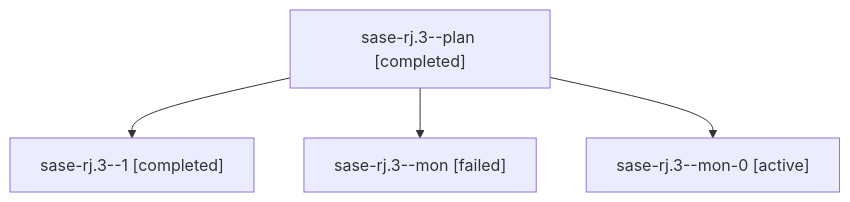
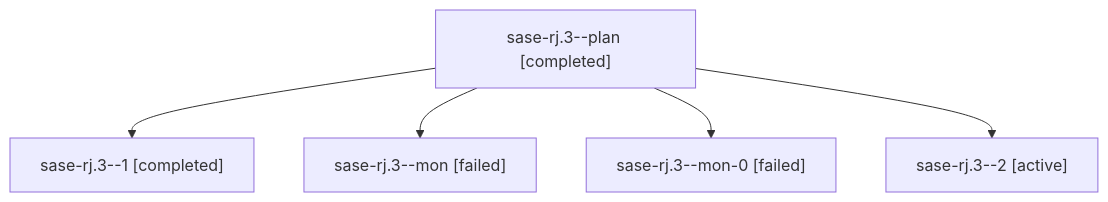
One commit to sase-org/sase--agents changed the diagram in families/bbugyi200.athena.sase-rj.3.md. Above: the diagram before and after it, drawn with Mermaid. The commit also changed other lines of this file and 21 other files, not shown here.

````diff
--- a/families/bbugyi200.athena.sase-rj.3.md
+++ b/families/bbugyi200.athena.sase-rj.3.md
@@ -9,10 +9,12 @@
 ```mermaid
 flowchart TD
   n0["sase-rj.3--plan [completed]"]
   n1["sase-rj.3--1 [completed]"]
   n0 --> n1
   n2["sase-rj.3--mon [failed]"]
   n0 --> n2
-  n3["sase-rj.3--mon-0 [active]"]
+  n3["sase-rj.3--mon-0 [failed]"]
   n0 --> n3
+  n4["sase-rj.3--2 [active]"]
+  n0 --> n4
 ```
````
